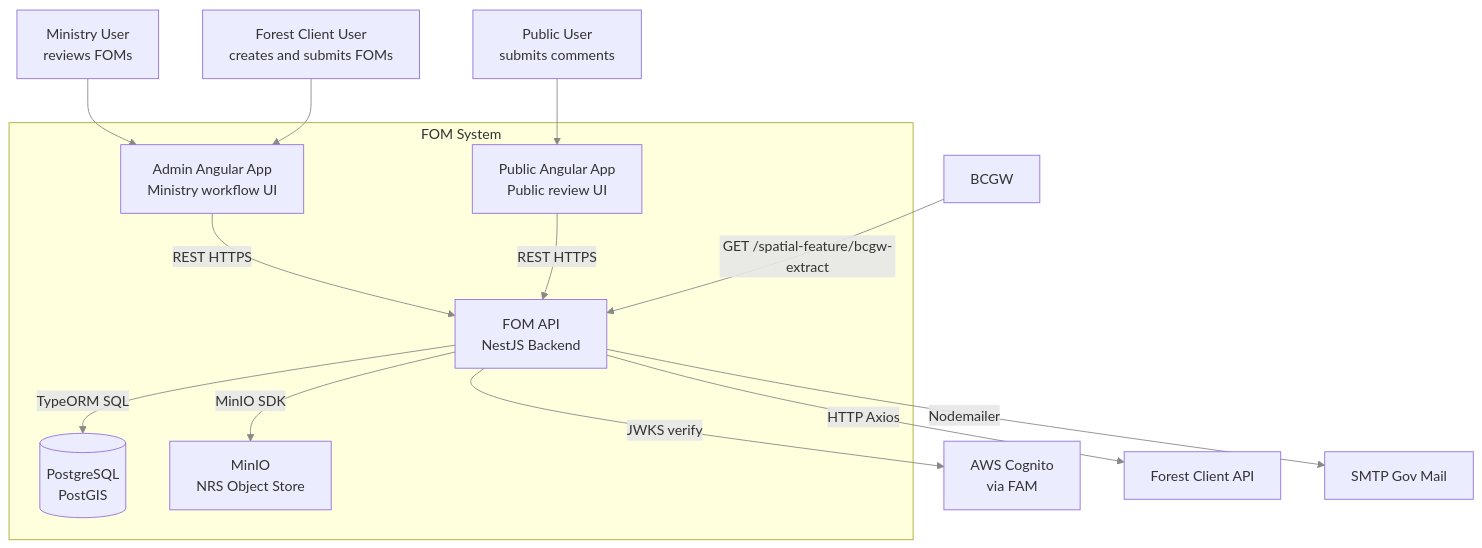
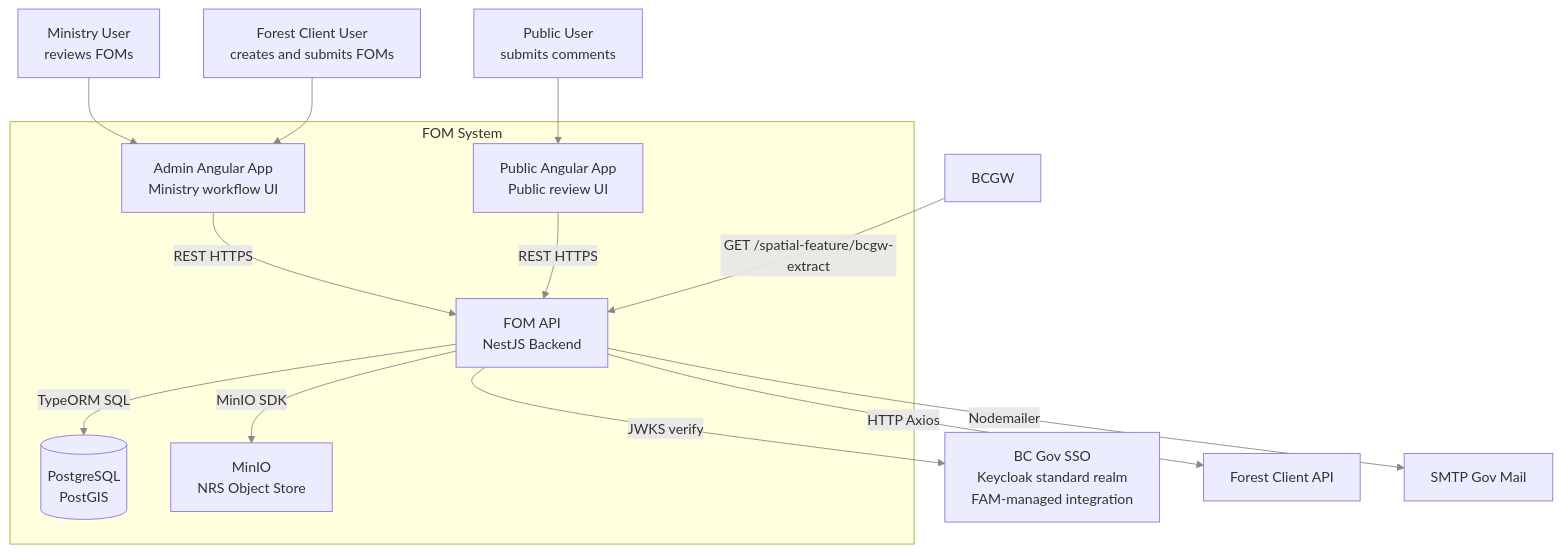
One commit to bcgov/nr-fom changed the first of 3 diagrams in docs/api-backend-architecture-blueprint.md. Above: the diagram before and after it, drawn with Mermaid. The commit also changed other lines of this file and 57 other files, not shown here.

````diff
--- a/docs/api-backend-architecture-blueprint.md
+++ b/docs/api-backend-architecture-blueprint.md
@@ -58,34 +58,34 @@
 ```mermaid
 %%{init: {"themeVariables": {"lineColor": "#888888", "signalColor": "#888888", "signalTextColor": "#888888"}}}%%
 flowchart TD
   publicUser[Public User<br/>submits comments]
   ministryUser[Ministry User<br/>reviews FOMs]
   fcUser[Forest Client User<br/>creates and submits FOMs]
 
   subgraph FOMSystem["FOM System"]
     adminApp[Admin Angular App<br/>Ministry workflow UI]
     publicApp[Public Angular App<br/>Public review UI]
     api[FOM API<br/>NestJS Backend]
     db[(PostgreSQL<br/>PostGIS)]
     objectStore[MinIO<br/>NRS Object Store]
   end
 
-  cognito[AWS Cognito<br/>via FAM]
+  sso[BC Gov SSO<br/>Keycloak standard realm<br/>FAM-managed integration]
   fcApi[Forest Client API]
   bcgw[BCGW]
   smtp[SMTP Gov Mail]
 
   publicUser --> publicApp
   ministryUser --> adminApp
   fcUser --> adminApp
 
   adminApp -->|REST HTTPS| api
   publicApp -->|REST HTTPS| api
 
   api -->|TypeORM SQL| db
   api -->|MinIO SDK| objectStore
-  api -->|JWKS verify| cognito
+  api -->|JWKS verify| sso
   api -->|HTTP Axios| fcApi
   api -->|Nodemailer| smtp
   bcgw -->|GET /spatial-feature/bcgw-extract| api
 ```
````
